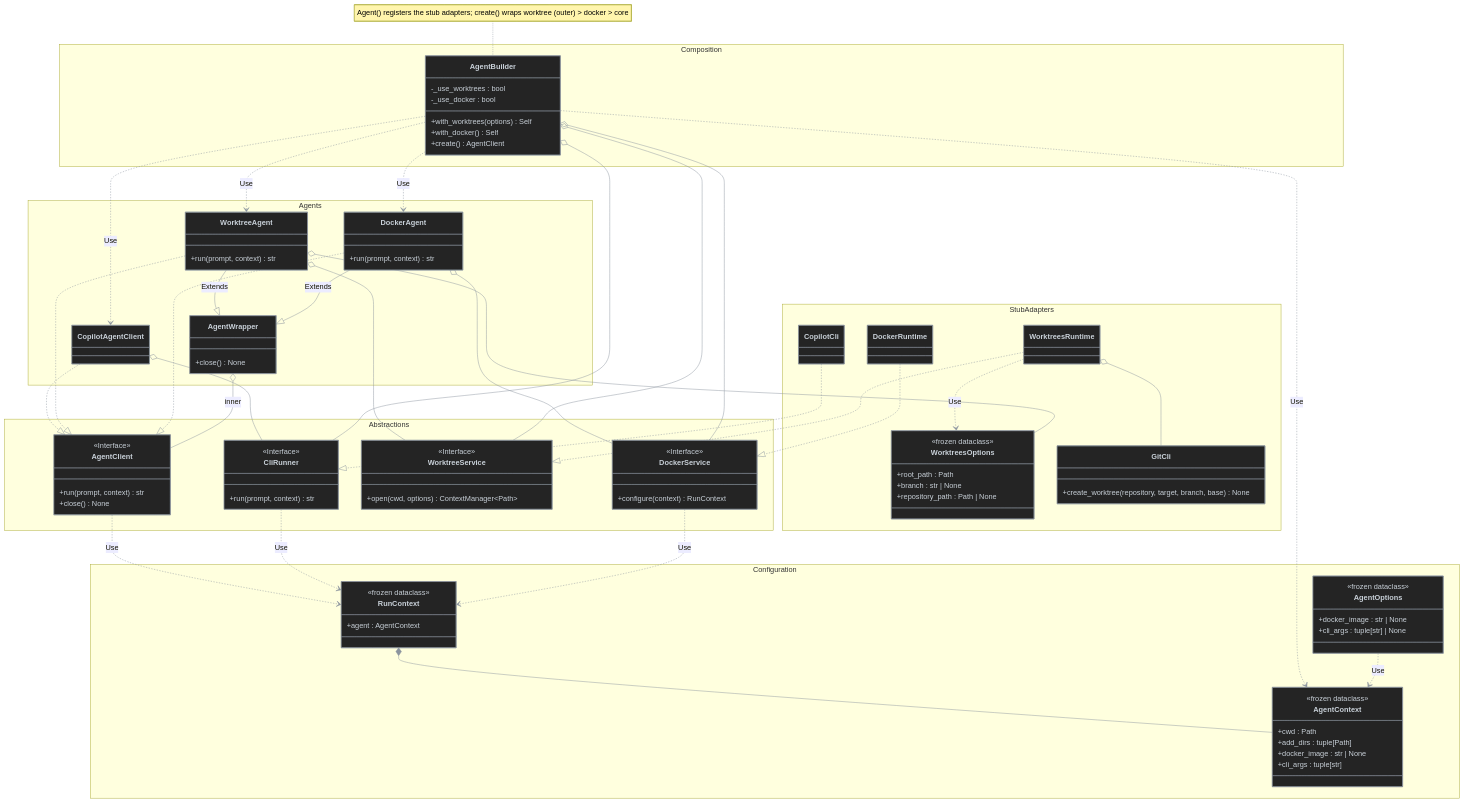
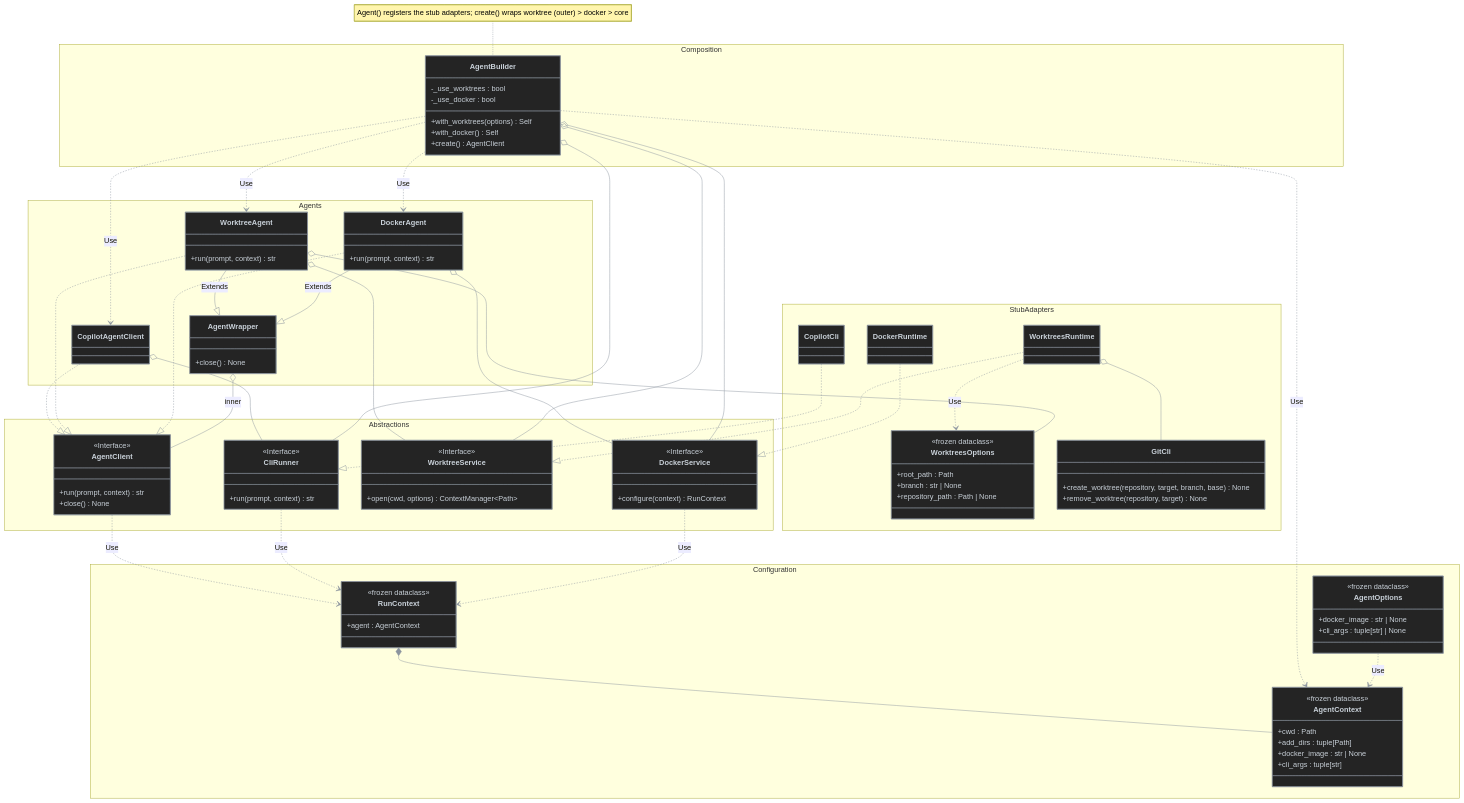
The diagram in docs/prototypes/agent-builder/README.md (antshc/loop), drawn with Mermaid before and after one commit. The commit also changed other lines of this file and 2 other files, not shown here.

Commit message:
feat: implement worktree removal in GitCli and ensure cleanup in WorktreesRuntime

```diff
--- a/docs/prototypes/agent-builder/README.md
+++ b/docs/prototypes/agent-builder/README.md
@@ -120,6 +121,7 @@
         }
         class GitCli {
             +create_worktree(repository, target, branch, base) None
+            +remove_worktree(repository, target) None
         }
         class DockerRuntime
     }
```
